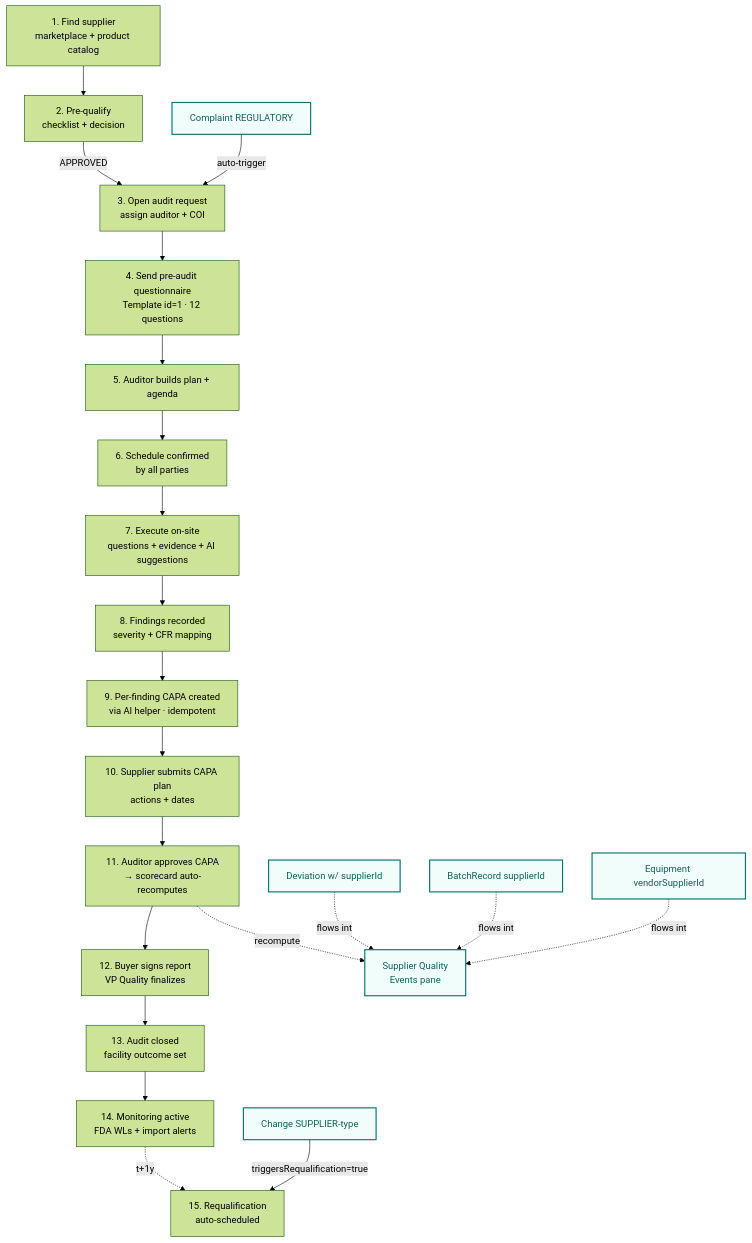
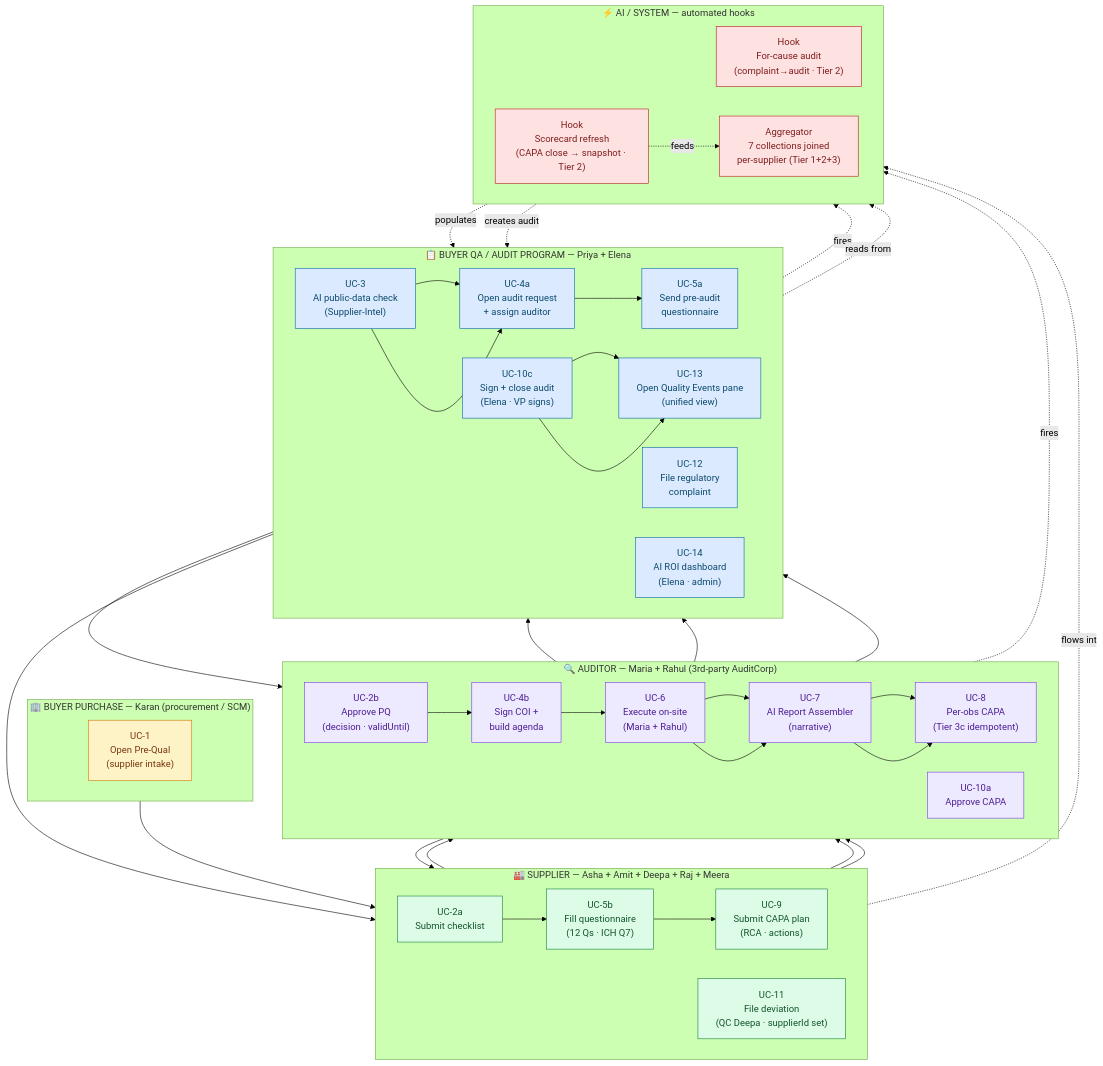
One commit to hawkeyetransact-dotcom/codex_backend_01 changed the diagram in docs/06-go-to-market/07-pharma-demo-script.md. Above: the diagram before and after it, drawn with Mermaid (forest theme). The commit also changed other lines of this file and 3 other files, not shown here.

First line of the commit message:
docs(demo): swim-lane process flow + Mermaid render in PDF builder

````diff
--- a/docs/06-go-to-market/07-pharma-demo-script.md
+++ b/docs/06-go-to-market/07-pharma-demo-script.md
@@ -26,28 +28,68 @@
 ```mermaid
-flowchart TD
-  A[1. Find supplier<br/>marketplace + product catalog] --> B[2. Pre-qualify<br/>checklist + decision]
-  B -->|APPROVED| C[3. Open audit request<br/>assign auditor + COI]
-  C --> D[4. Send pre-audit questionnaire<br/>Template id=1 · 12 questions]
-  D --> E[5. Auditor builds plan + agenda]
-  E --> F[6. Schedule confirmed<br/>by all parties]
-  F --> G[7. Execute on-site<br/>questions + evidence + AI suggestions]
-  G --> H[8. Findings recorded<br/>severity + CFR mapping]
-  H --> I[9. Per-finding CAPA created<br/>via AI helper · idempotent]
-  I --> J[10. Supplier submits CAPA plan<br/>actions + dates]
-  J --> K[11. Auditor approves CAPA<br/>→ scorecard auto-recomputes]
-  K --> L[12. Buyer signs report<br/>VP Quality finalizes]
-  L --> M[13. Audit closed<br/>facility outcome set]
-  M --> N[14. Monitoring active<br/>FDA WLs + import alerts]
-  N -.t+1y.-> O[15. Requalification<br/>auto-scheduled]
+flowchart TB
+  subgraph L1["🏢 BUYER PURCHASE — Karan (procurement / SCM)"]
+    direction LR
+    K1["UC-1<br/>Open Pre-Qual<br/>(supplier intake)"]
+  end
 
-  %% EQMS↔Supplier bridge feeds
-  X1[Deviation w/ supplierId] -.flows into.-> SC[Supplier Quality<br/>Events pane]
-  X2[Complaint REGULATORY] -->|auto-trigger| C
-  X3[Change SUPPLIER-type] -->|triggersRequalification=true| O
-  X4[BatchRecord supplierId] -.flows into.-> SC
-  X5[Equipment vendorSupplierId] -.flows into.-> SC
-  K -.recompute.-> SC
+  subgraph L2["🏭 SUPPLIER — Asha + Amit + Deepa + Raj + Meera"]
+    direction LR
+    S1["UC-2a<br/>Submit checklist"] --> S2["UC-5b<br/>Fill questionnaire<br/>(12 Qs · ICH Q7)"] --> S3["UC-9<br/>Submit CAPA plan<br/>(RCA · actions)"]
+    S4["UC-11<br/>File deviation<br/>(QC Deepa · supplierId set)"]
+  end
 
-  classDef bridge fill:#f0fdfa,stroke:#0f766e,stroke-width:2px,color:#115e59;
-  class X1,X2,X3,X4,X5,SC bridge;
+  subgraph L3["📋 BUYER QA / AUDIT PROGRAM — Priya + Elena"]
+    direction LR
+    P1["UC-3<br/>AI public-data check<br/>(Supplier-Intel)"] --> P2["UC-4a<br/>Open audit request<br/>+ assign auditor"] --> P3["UC-5a<br/>Send pre-audit<br/>questionnaire"]
+    P4["UC-10c<br/>Sign + close audit<br/>(Elena · VP signs)"] --> P5["UC-13<br/>Open Quality Events pane<br/>(unified view)"]
+    P6["UC-12<br/>File regulatory<br/>complaint"]
+    P7["UC-14<br/>AI ROI dashboard<br/>(Elena · admin)"]
+  end
+
+  subgraph L4["🔍 AUDITOR — Maria + Rahul (3rd-party AuditCorp)"]
+    direction LR
+    M1["UC-2b<br/>Approve PQ<br/>(decision · validUntil)"] --> M2["UC-4b<br/>Sign COI +<br/>build agenda"] --> M3["UC-6<br/>Execute on-site<br/>(Maria + Rahul)"] --> M4["UC-7<br/>AI Report Assembler<br/>(narrative)"] --> M5["UC-8<br/>Per-obs CAPA<br/>(Tier 3c idempotent)"]
+    M6["UC-10a<br/>Approve CAPA"]
+  end
+
+  subgraph L5["⚡ AI / SYSTEM — automated hooks"]
+    direction LR
+    H1["Hook<br/>For-cause audit<br/>(complaint→audit · Tier 2)"]
+    H2["Hook<br/>Scorecard refresh<br/>(CAPA close → snapshot · Tier 2)"]
+    H3["Aggregator<br/>7 collections joined<br/>per-supplier (Tier 1+2+3)"]
+  end
+
+  K1 --> S1
+  S1 --> M1
+  M1 --> P1
+  P1 --> P2
+  P2 --> M2
+  M2 --> P3
+  P3 --> S2
+  S2 --> M3
+  M3 --> M4
+  M4 --> M5
+  M5 --> S3
+  S3 --> M6
+  M6 -.fires.-> H2
+  H2 -.feeds.-> H3
+  M6 --> P4
+  P4 --> P5
+  S4 -.flows into.-> H3
+  H3 -.populates.-> P5
+  P6 -.fires.-> H1
+  H1 -.creates audit.-> P5
+  P7 -.reads from.-> H3
+
+  classDef buyerPurchase fill:#fef3c7,stroke:#d97706,color:#78350f
+  classDef supplier fill:#dcfce7,stroke:#15803d,color:#14532d
+  classDef buyerQa fill:#dbeafe,stroke:#0369a1,color:#0c4a6e
+  classDef auditor fill:#ede9fe,stroke:#7c3aed,color:#4c1d95
+  classDef system fill:#fee2e2,stroke:#b91c1c,color:#7f1d1d
+
+  class K1 buyerPurchase
+  class S1,S2,S3,S4 supplier
+  class P1,P2,P3,P4,P5,P6,P7 buyerQa
+  class M1,M2,M3,M4,M5,M6 auditor
+  class H1,H2,H3 system
 ```
````
